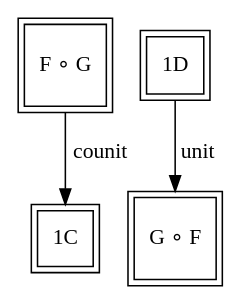
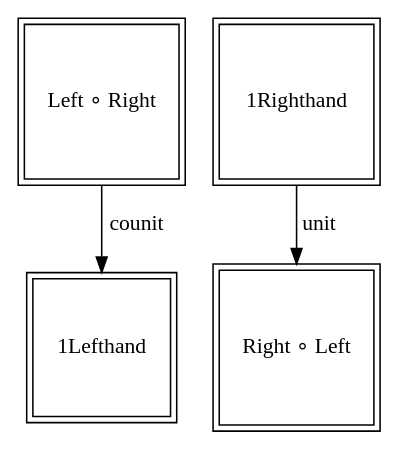
Before and after one commit to frankymacster/category-theory-graphviz: the first of 5 diagrams in adjoint-functors.md, drawn with Graphviz. The commit also changed other lines of this file, not shown here.

Commit message:
adjoint-functor: made diagrams quicker to understand

````diff
--- a/adjoint-functors.md
+++ b/adjoint-functors.md
@@ -10,8 +10,8 @@
 ```graphviz
 digraph G {
   node [shape="square", peripheries=2]
 
-  "F ∘ G" -> "1C" [label="counit"]
-  "1D" -> "G ∘ F" [label="unit"]
+  "Left ∘ Right" -> "1Lefthand" [label="counit"]
+  "1Righthand" -> "Right ∘ Left" [label="unit"]
 }
 ```
````
